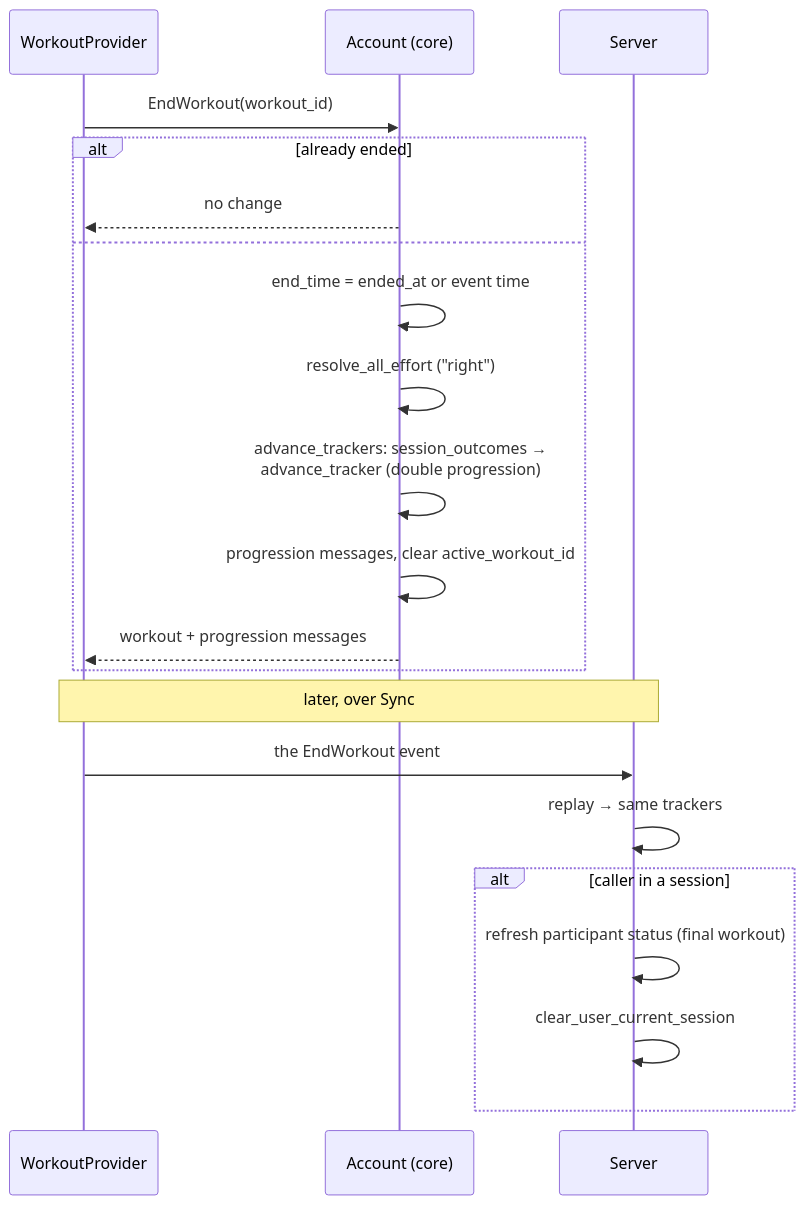
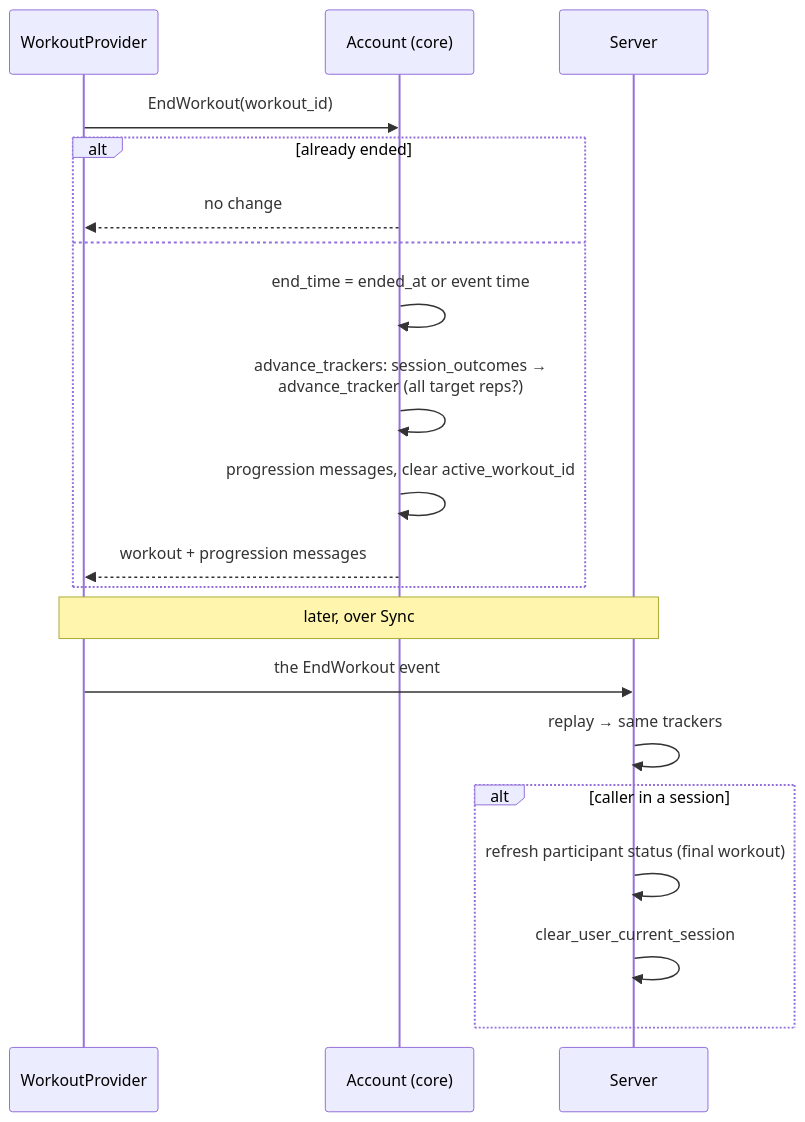
One commit to brensch/lift changed the seventh of 7 diagrams in docs/architecture/workout-lifecycle.md. Above: the diagram before and after it, drawn with Mermaid. The commit also changed other lines of this file and 53 other files, not shown here.

First line of the commit message:
Progression from the reps alone: 5×5, 3×8–12, no ratings (#76)

````diff
--- a/docs/architecture/workout-lifecycle.md
+++ b/docs/architecture/workout-lifecycle.md
@@ -228,24 +234,23 @@
 ```mermaid
 sequenceDiagram
     participant App as WorkoutProvider
     participant A as Account (core)
     participant S as Server
 
     App->>A: EndWorkout(workout_id)
     alt already ended
         A-->>App: no change
     else
         A->>A: end_time = ended_at or event time
-        A->>A: resolve_all_effort ("right")
-        A->>A: advance_trackers: session_outcomes →<br/>advance_tracker (double progression)
+        A->>A: advance_trackers: session_outcomes →<br/>advance_tracker (all target reps?)
         A->>A: progression messages, clear active_workout_id
         A-->>App: workout + progression messages
     end
     Note over App,S: later, over Sync
     App->>S: the EndWorkout event
     S->>S: replay → same trackers
     alt caller in a session
         S->>S: refresh participant status (final workout)
         S->>S: clear_user_current_session
     end
 ```
````
